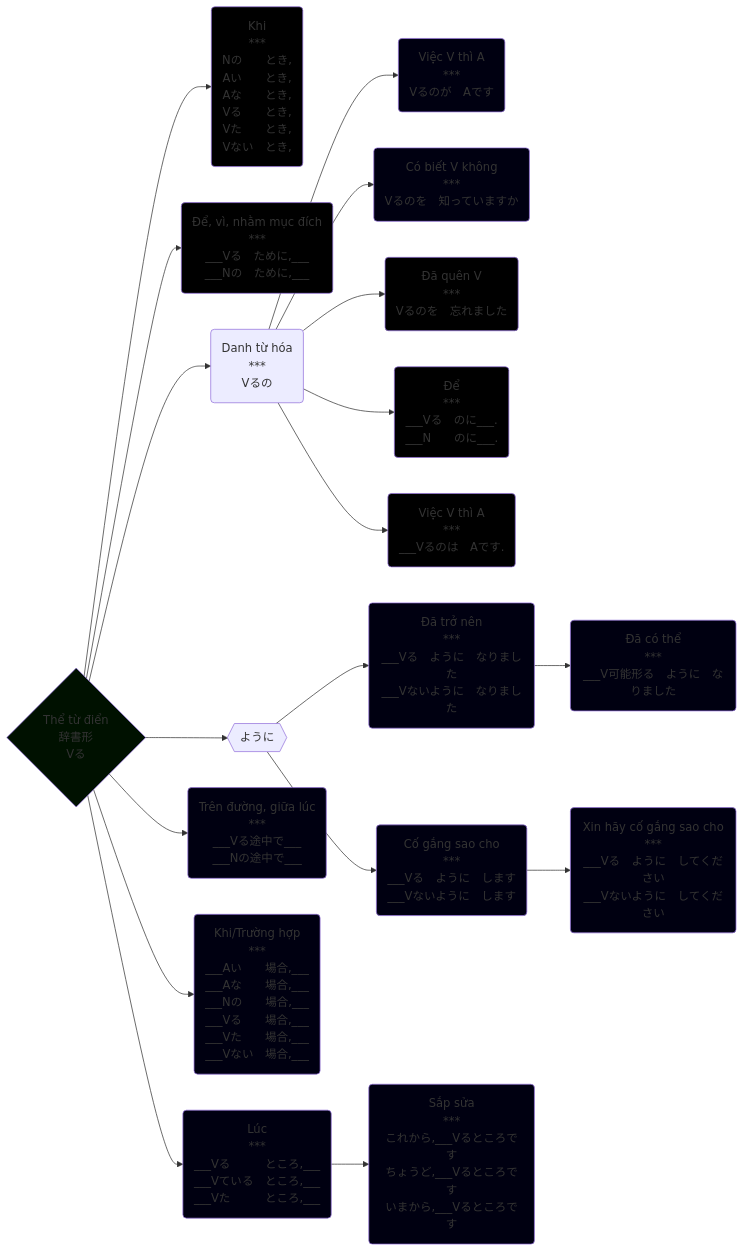
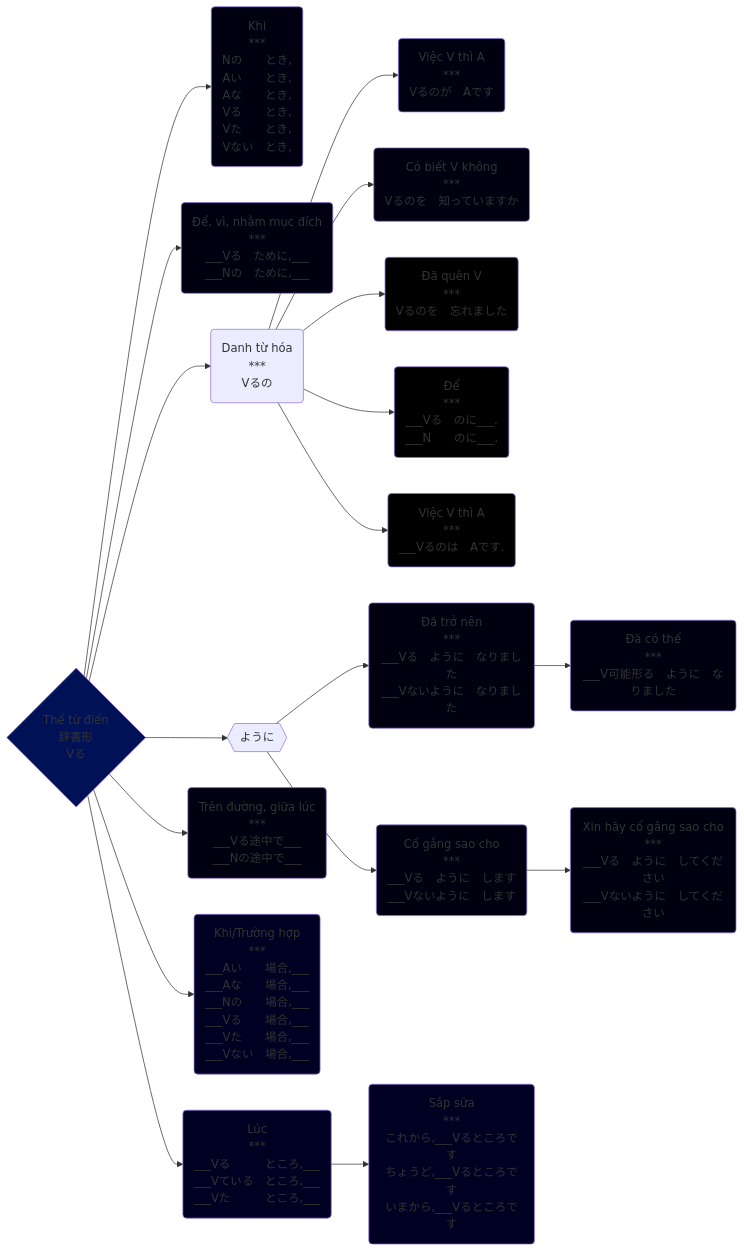
One commit to tea1504/learn changed the diagram in The/辞書形.md. Above: the diagram before and after it, drawn with Mermaid. The commit also changed 16 other files, not shown here.

````diff
--- a/The/辞書形.md
+++ b/The/辞書形.md
@@ -2,39 +2,39 @@
 ```mermaid
 graph LR;
     V{Thể từ điển\n辞書形\nVる}
 
     V-->khi(Khi\n***\nNの　　とき,\nAい　　とき,\nAな　　とき,\nVる　　とき,\nVた　　とき,\nVない　とき,)
     V-->nhamMucDich(Để, vì, nhằm mục đích\n***\n___Vる　ために,___\n___Nの　ために,___)
     V-->danhTuHoa(Danh từ hóa\n***\nVるの)
     danhTuHoa-->viecVthiAGa(Việc V thì A\n***\nVるのが　Aです)
     danhTuHoa-->coBietVKhong(Có biết V không\n***\nVるのを　知っていますか)
     danhTuHoa-->daQuenV(Đã quên V\n***\nVるのを　忘れました)
     danhTuHoa-->de(Để\n***\n___Vる　のに___.\n___N　　のに___.)
     danhTuHoa-->viecVThiAHa(Việc V thì A\n***\n___Vるのは　Aです.)
     V-->youni{{ように}}
     youni-->daTroNen(Đã trở nên\n***\n___Vる　ように　なりました\n___Vないように　なりました)
     daTroNen-->daCoThe(Đã có thể\n***\n___V可能形る　ように　なりました)
     V-->trenDuongGiuaLuc(Trên đường, giữa lúc\n***\n___Vる途中で___\n___Nの途中で___)
     youni-->coGangSaoCho(Cố gắng sao cho\n***\n___Vる　ように　します\n___Vないように　します)
     coGangSaoCho-->xinHayCoGangSaoCho(Xin hãy cố gắng sao cho\n***\n___Vる　ように　してください\n___Vないように　してください)
     V-->truongHop(Khi/Trường hợp\n***\n___Aい　　場合,___\n___Aな　　場合,___\n___Nの　　場合,___\n___Vる　　場合,___\n___Vた　　場合,___\n___Vない　場合,___)
     V-->luc(Lúc\n***\n___Vる　　　ところ,___\n___Vている　ところ,___\n___Vた　　　ところ,___)
     luc-->sapSua(Sắp sửa\n***\nこれから,___Vるところです\nちょうど,___Vるところです\nいまから,___Vるところです)
 
-    style V fill:#010
+    style V fill:#015
     style coBietVKhong fill:#001
     style coGangSaoCho fill:#001
     style daCoThe fill:#001
     style daQuenV fill:#000
     style daTroNen fill:#001
     style de fill:#000
-    style khi fill:#000
-    style luc fill:#001
-    style nhamMucDich fill:#000
-    style sapSua fill:#001
+    style khi fill:#001
+    style luc fill:#002
+    style nhamMucDich fill:#001
+    style sapSua fill:#002
     style trenDuongGiuaLuc fill:#001
-    style truongHop fill:#001
+    style truongHop fill:#002
     style viecVthiAGa fill:#001
     style viecVThiAHa fill:#000
     style xinHayCoGangSaoCho fill:#001
 ```
````
